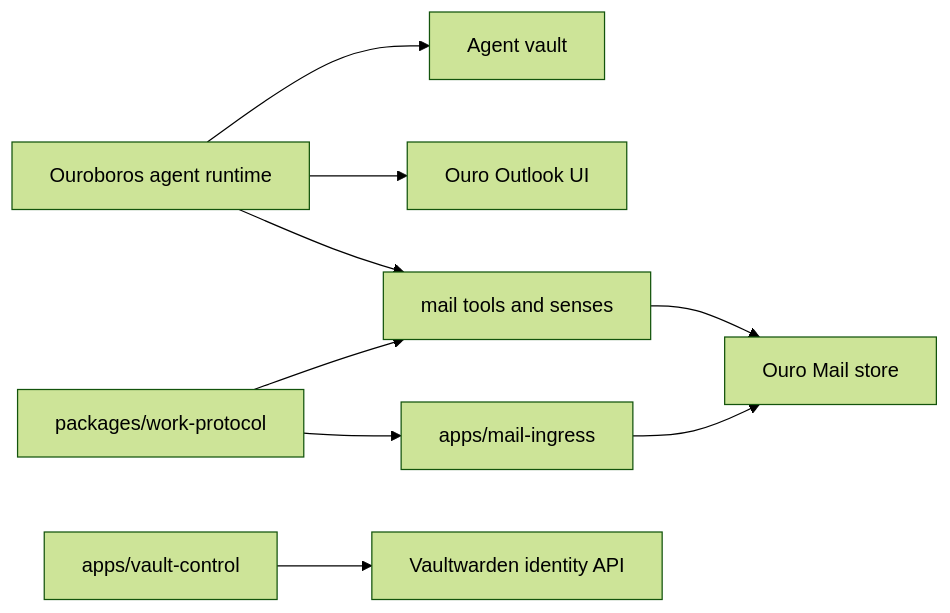
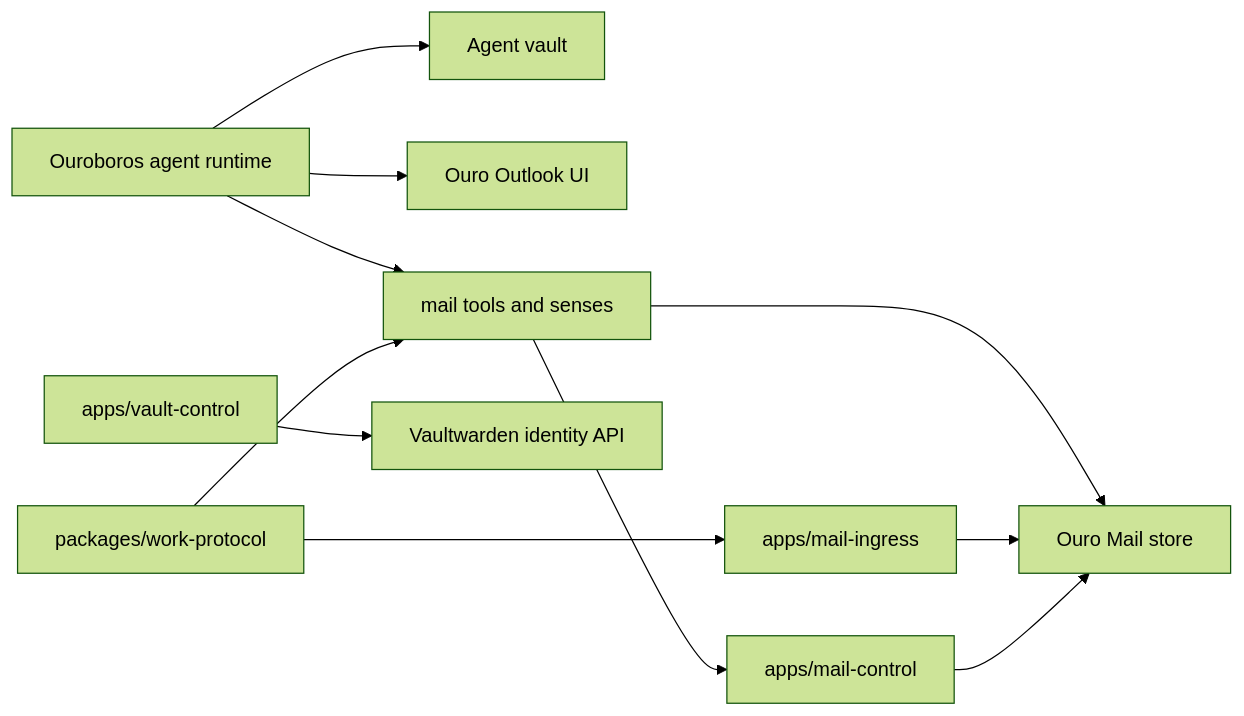
The diagram in docs/architecture.md (ouroborosbot/ouro-work-substrate), drawn with Mermaid (forest theme) before and after one commit. The commit also changed other lines of this file and 34 other files, not shown here.

````diff
--- a/docs/architecture.md
+++ b/docs/architecture.md
@@ -15,11 +16,13 @@
 ```mermaid
 flowchart LR
   Agent["Ouroboros agent runtime"] --> Vault["Agent vault"]
   Agent --> Outlook["Ouro Outlook UI"]
   Agent --> Tools["mail tools and senses"]
   Tools --> MailStore["Ouro Mail store"]
   Ingress["apps/mail-ingress"] --> MailStore
   Control["apps/vault-control"] --> Vaultwarden["Vaultwarden identity API"]
+  MailControl["apps/mail-control"] --> MailStore
+  Tools --> MailControl
   Protocol["packages/work-protocol"] --> Ingress
   Protocol --> Tools
 ```
````
